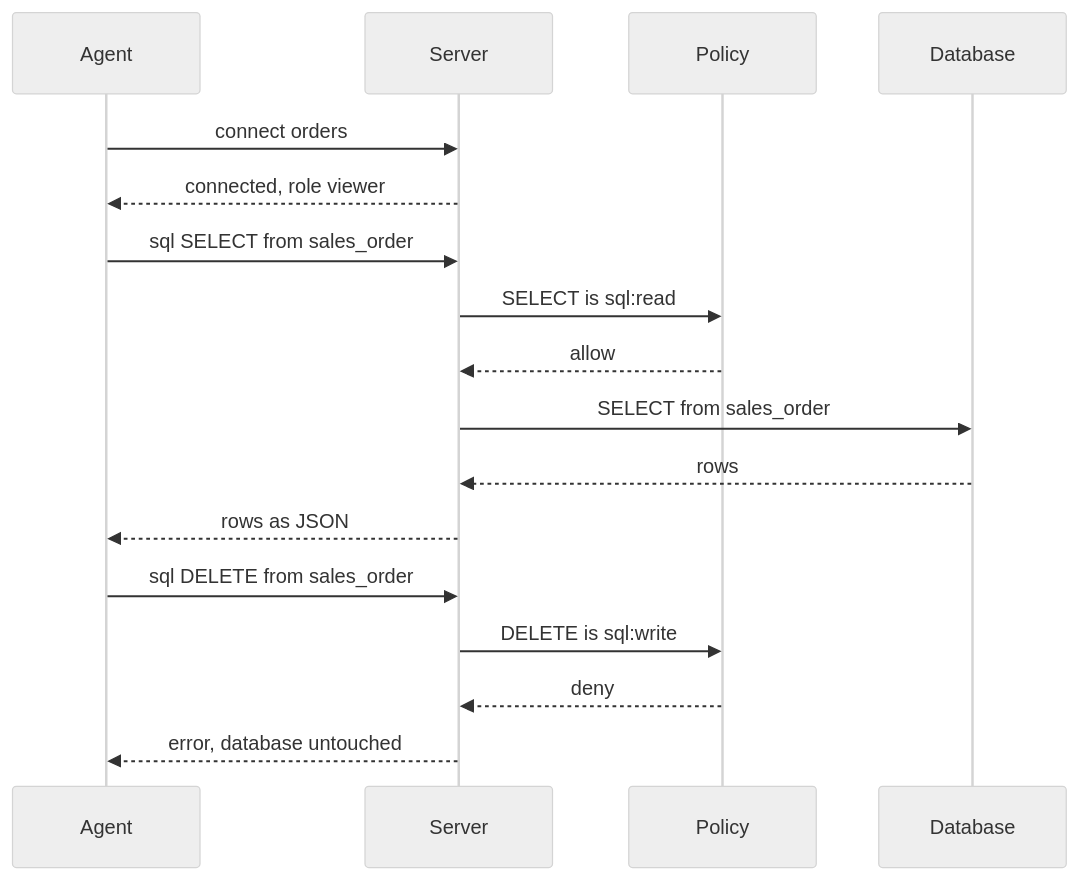
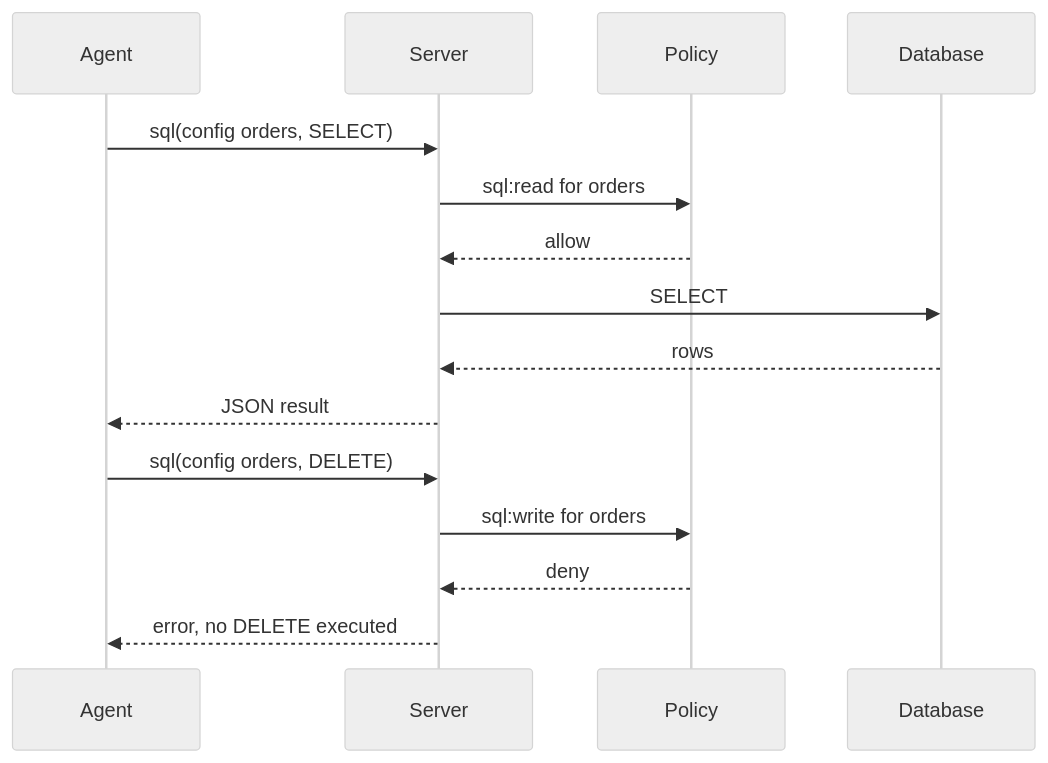
Before and after one commit to noormdev/noorm: the first of 2 diagrams in docs/guide/automation/mcp.md, drawn with Mermaid (neutral theme). The commit also changed other lines of this file and 557 other files, not shown here.

````diff
--- a/docs/guide/automation/mcp.md
+++ b/docs/guide/automation/mcp.md
@@ -37,19 +28,20 @@
 ```mermaid
 sequenceDiagram
+    accTitle: Viewer SQL requests
+    accDescr: Each request names orders. Policy allows a SELECT and denies a DELETE without executing it.
+    %% source: src/mcp/server.ts, src/mcp/approval.ts
     participant Agent
     participant Server
     participant Policy
     participant DB as Database
-    Agent->>Server: connect orders
-    Server-->>Agent: connected, role viewer
-    Agent->>Server: sql SELECT from sales_order
-    Server->>Policy: SELECT is sql:read
+    Agent->>Server: sql(config orders, SELECT)
+    Server->>Policy: sql:read for orders
     Policy-->>Server: allow
-    Server->>DB: SELECT from sales_order
+    Server->>DB: SELECT
     DB-->>Server: rows
-    Server-->>Agent: rows as JSON
-    Agent->>Server: sql DELETE from sales_order
-    Server->>Policy: DELETE is sql:write
+    Server-->>Agent: JSON result
+    Agent->>Server: sql(config orders, DELETE)
+    Server->>Policy: sql:write for orders
     Policy-->>Server: deny
-    Server-->>Agent: error, database untouched
+    Server-->>Agent: error, no DELETE executed
 ```
````
